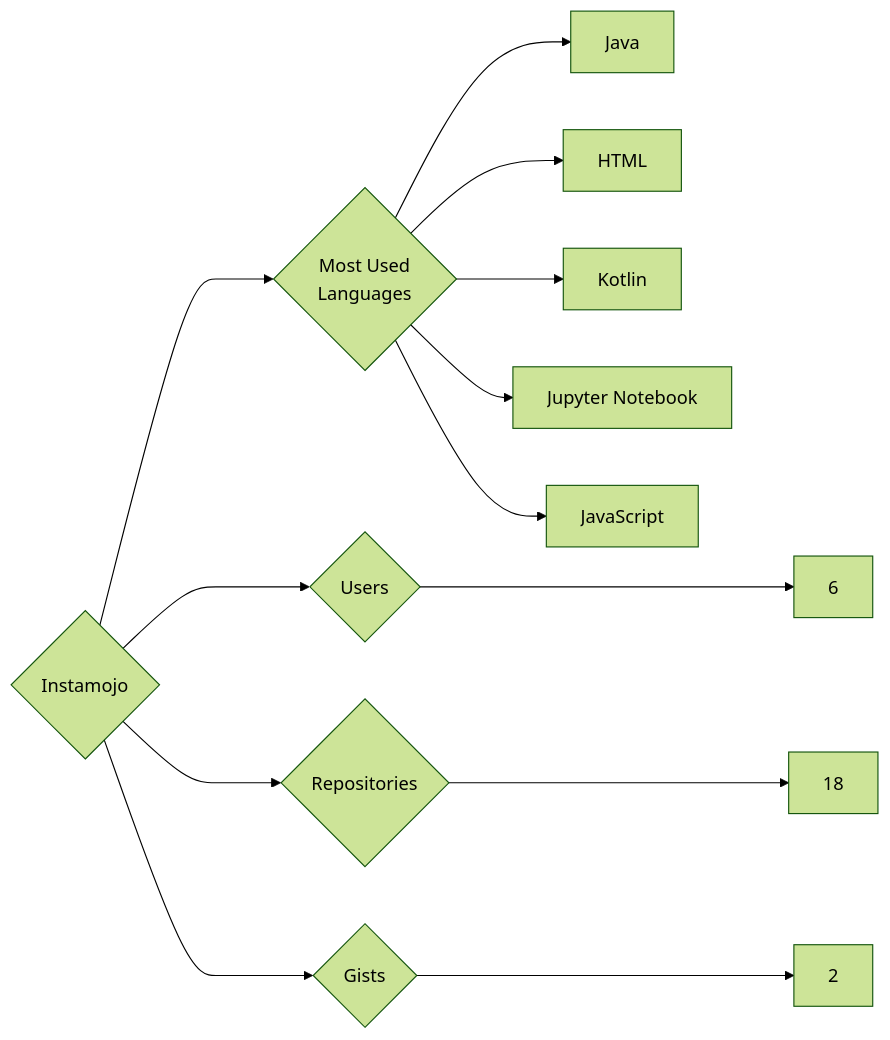
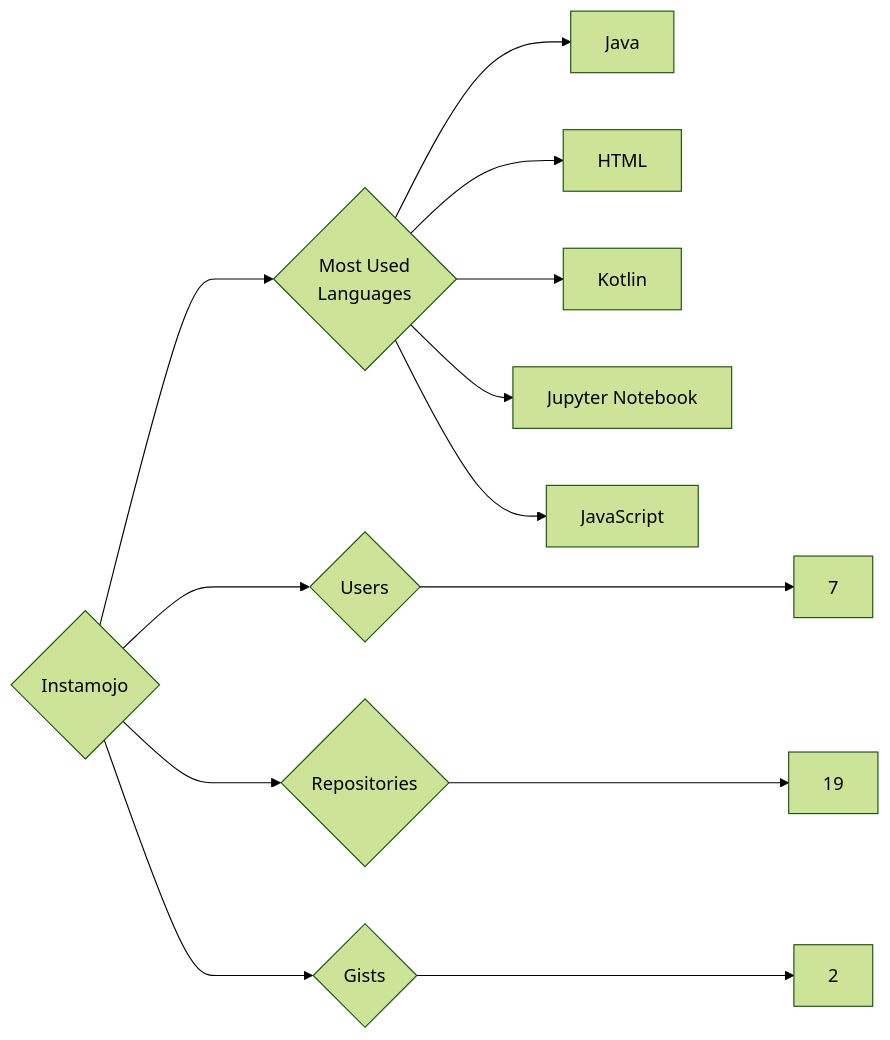
Before and after one commit to trickest/insiders: the diagram in targets/Instamojo/README.md, drawn with Mermaid (forest theme). The commit also changed 938 other files, not shown here.

````diff
--- a/targets/Instamojo/README.md
+++ b/targets/Instamojo/README.md
@@ -3,13 +3,13 @@
 ```mermaid
 graph LR
 COMPANY_NAME{Instamojo}
-COMPANY_NAME ---> U{Users} ---> UN[6]
-COMPANY_NAME ---> R{Repositories} ---> RN[18]
+COMPANY_NAME ---> U{Users} ---> UN[7]
+COMPANY_NAME ---> R{Repositories} ---> RN[19]
 COMPANY_NAME ---> G{Gists} ---> GN[2]
 COMPANY_NAME ---> ML{Most Used<br>Languages}
 ML --> Java[Java]
 ML --> HTML[HTML]
 ML --> Kotlin[Kotlin]
 ML --> Jupyter_Notebook[Jupyter Notebook]
 ML --> JavaScript[JavaScript]
 ```
````
